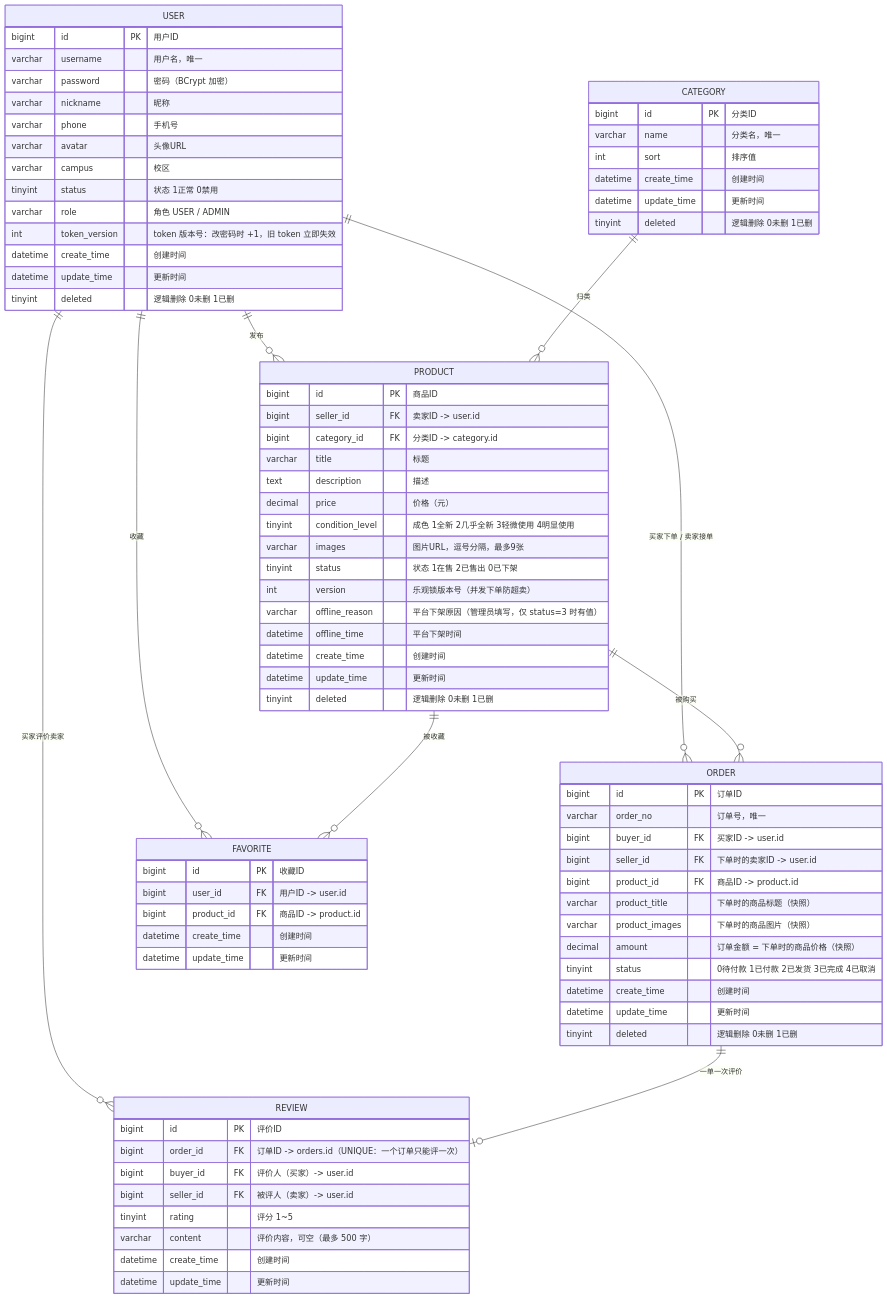
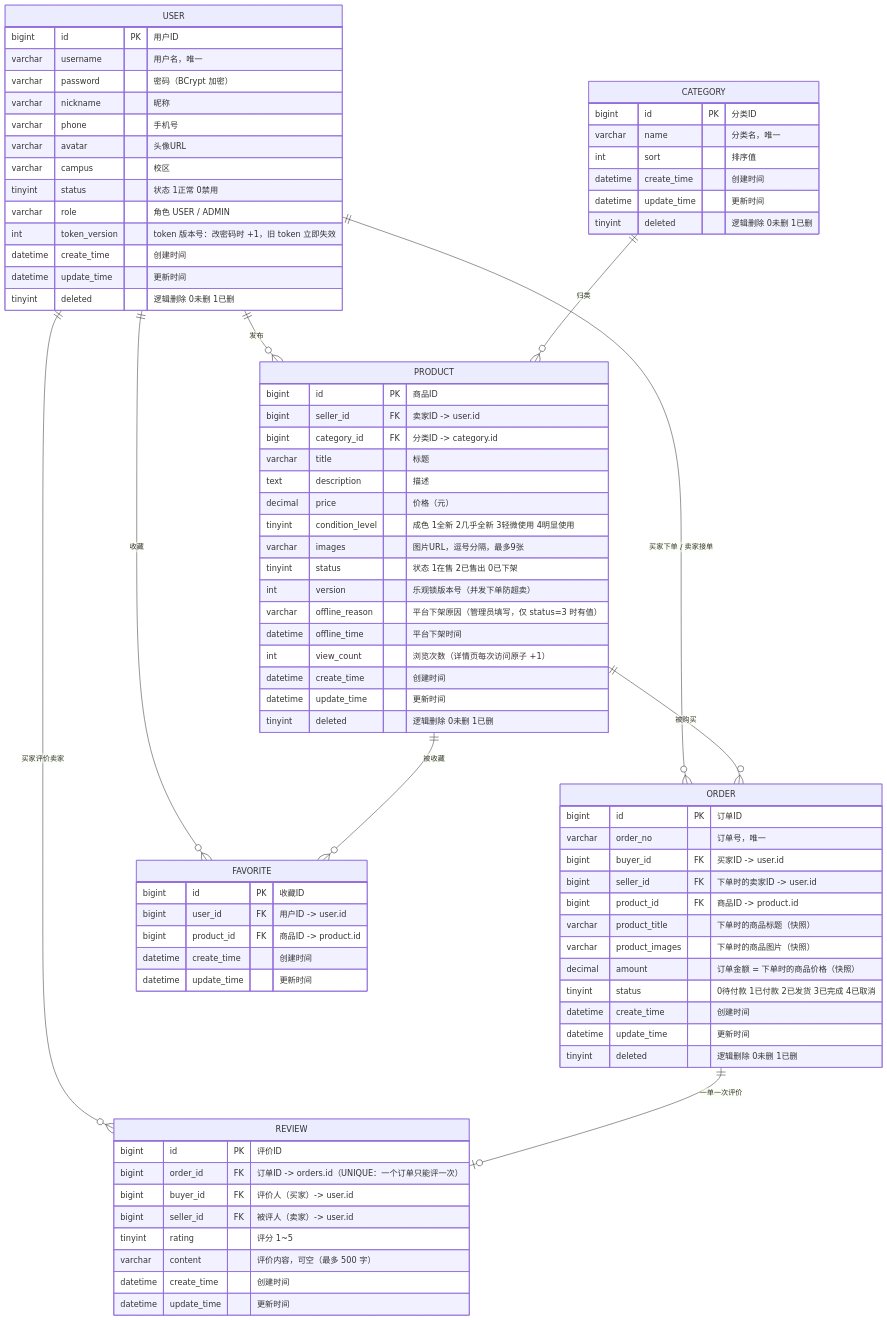
One commit to caijj9/CampusMart changed the diagram in docs/er-diagram.md. Above: the diagram before and after it, drawn with Mermaid. The commit also changed other lines of this file and 5 other files, not shown here.

First line of the commit message:
feat(product): 商品详情浏览量 view_count 原子自增

```diff
--- a/docs/er-diagram.md
+++ b/docs/er-diagram.md
@@ -51,6 +51,7 @@
         int      version            "乐观锁版本号（并发下单防超卖）"
         varchar  offline_reason     "平台下架原因（管理员填写，仅 status=3 时有值）"
         datetime offline_time       "平台下架时间"
+        int      view_count         "浏览次数（详情页每次访问原子 +1）"
         datetime create_time        "创建时间"
         datetime update_time        "更新时间"
         tinyint  deleted            "逻辑删除 0未删 1已删"
```
